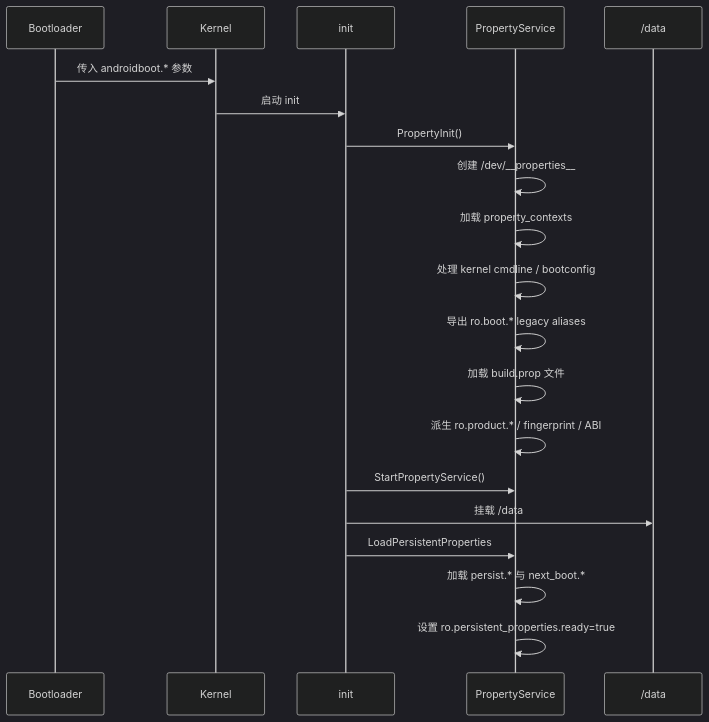
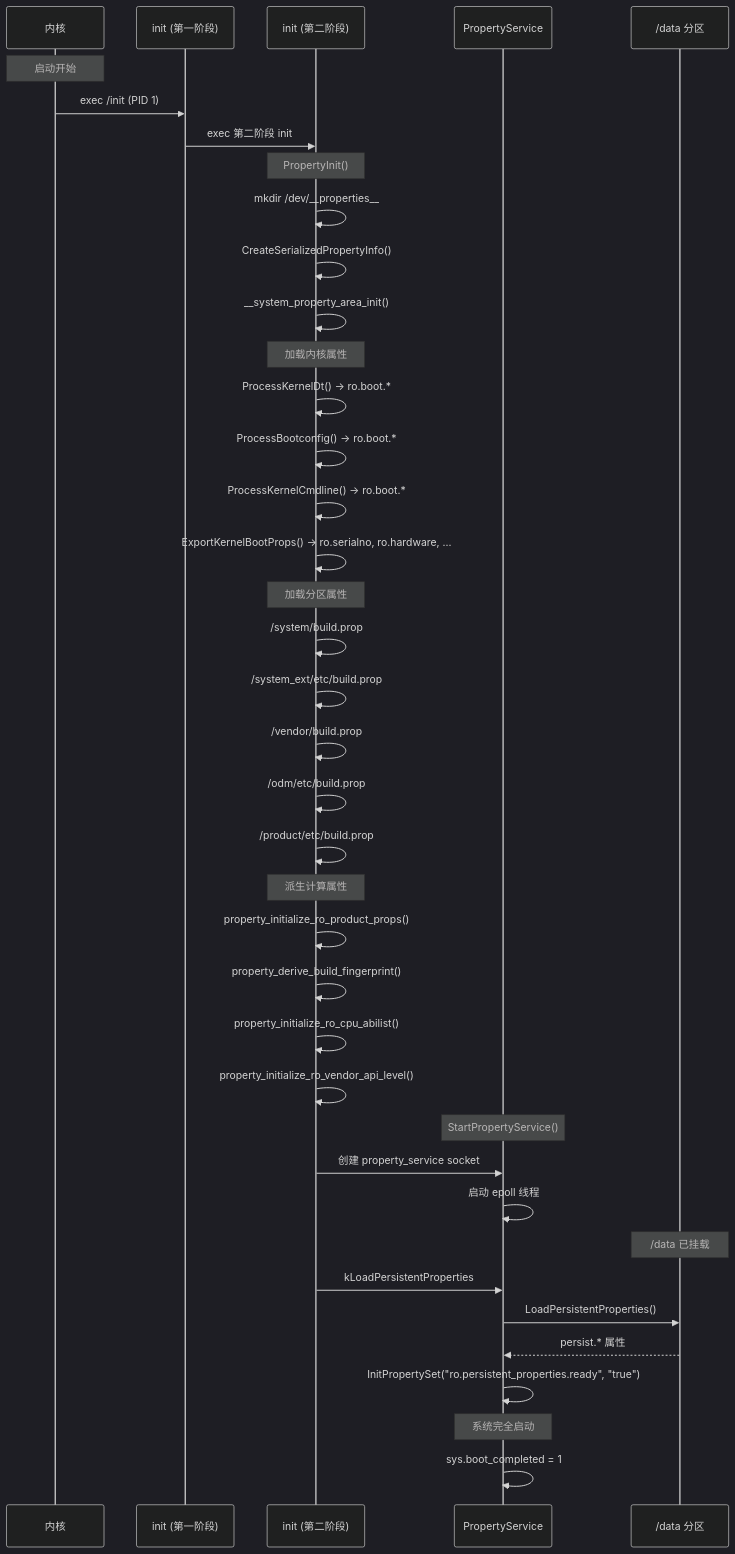
The tenth of 10 diagrams in 06-system-properties-zh.md (fwrite0920/aosp-internal-book), drawn with Mermaid (dark theme) before and after one commit. The commit also changed other lines of this file and 63 other files, not shown here.

````diff
--- a/06-system-properties-zh.md
+++ b/06-system-properties-zh.md
@@ -1209,23 +1864,49 @@
 ```mermaid
 sequenceDiagram
-    participant BL as Bootloader
-    participant K as Kernel
-    participant I as init
+    participant KER as 内核
+    participant IN1 as init (第一阶段)
+    participant IN2 as init (第二阶段)
     participant PS as PropertyService
-    participant D as /data
+    participant DATA as /data 分区
 
-    BL->>K: 传入 androidboot.* 参数
-    K->>I: 启动 init
-    I->>PS: PropertyInit()
-    PS->>PS: 创建 /dev/__properties__
-    PS->>PS: 加载 property_contexts
-    PS->>PS: 处理 kernel cmdline / bootconfig
-    PS->>PS: 导出 ro.boot.* legacy aliases
-    PS->>PS: 加载 build.prop 文件
-    PS->>PS: 派生 ro.product.* / fingerprint / ABI
-    I->>PS: StartPropertyService()
-    I->>D: 挂载 /data
-    I->>PS: LoadPersistentProperties
-    PS->>PS: 加载 persist.* 与 next_boot.*
-    PS->>PS: 设置 ro.persistent_properties.ready=true
+    Note over KER: 启动开始
+    KER->>IN1: exec /init (PID 1)
+    IN1->>IN2: exec 第二阶段 init
+
+    Note over IN2: PropertyInit()
+    IN2->>IN2: mkdir /dev/__properties__
+    IN2->>IN2: CreateSerializedPropertyInfo()
+    IN2->>IN2: __system_property_area_init()
+
+    Note over IN2: 加载内核属性
+    IN2->>IN2: ProcessKernelDt() -> ro.boot.*
+    IN2->>IN2: ProcessBootconfig() -> ro.boot.*
+    IN2->>IN2: ProcessKernelCmdline() -> ro.boot.*
+    IN2->>IN2: ExportKernelBootProps() -> ro.serialno, ro.hardware, ...
+
+    Note over IN2: 加载分区属性
+    IN2->>IN2: /system/build.prop
+    IN2->>IN2: /system_ext/etc/build.prop
+    IN2->>IN2: /vendor/build.prop
+    IN2->>IN2: /odm/etc/build.prop
+    IN2->>IN2: /product/etc/build.prop
+
+    Note over IN2: 派生计算属性
+    IN2->>IN2: property_initialize_ro_product_props()
+    IN2->>IN2: property_derive_build_fingerprint()
+    IN2->>IN2: property_initialize_ro_cpu_abilist()
+    IN2->>IN2: property_initialize_ro_vendor_api_level()
+
+    Note over PS: StartPropertyService()
+    IN2->>PS: 创建 property_service socket
+    PS->>PS: 启动 epoll 线程
+
+    Note over DATA: /data 已挂载
+    IN2->>PS: kLoadPersistentProperties
+    PS->>DATA: LoadPersistentProperties()
+    DATA-->>PS: persist.* 属性
+    PS->>PS: InitPropertySet("ro.persistent_properties.ready", "true")
+
+    Note over PS: 系统完全启动
+    PS->>PS: sys.boot_completed = 1
 ```
````
